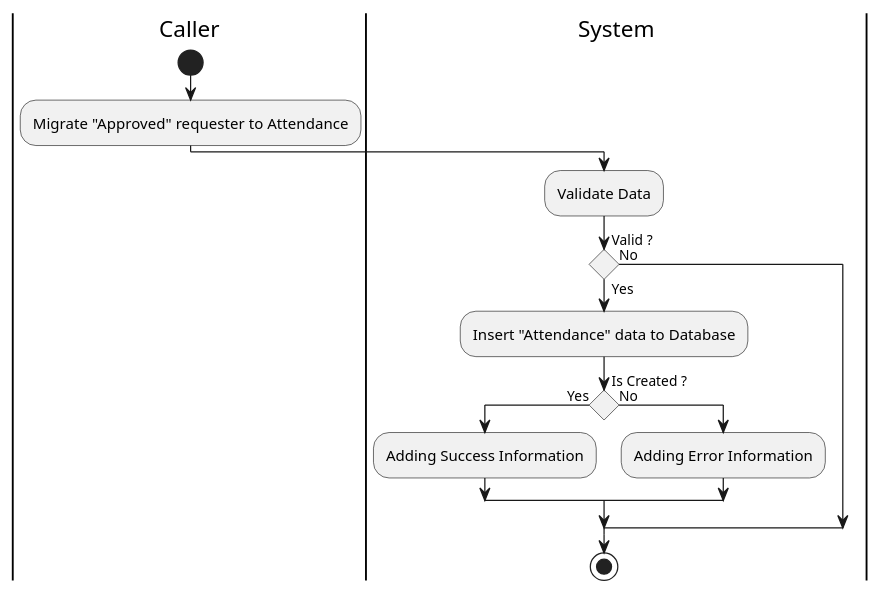
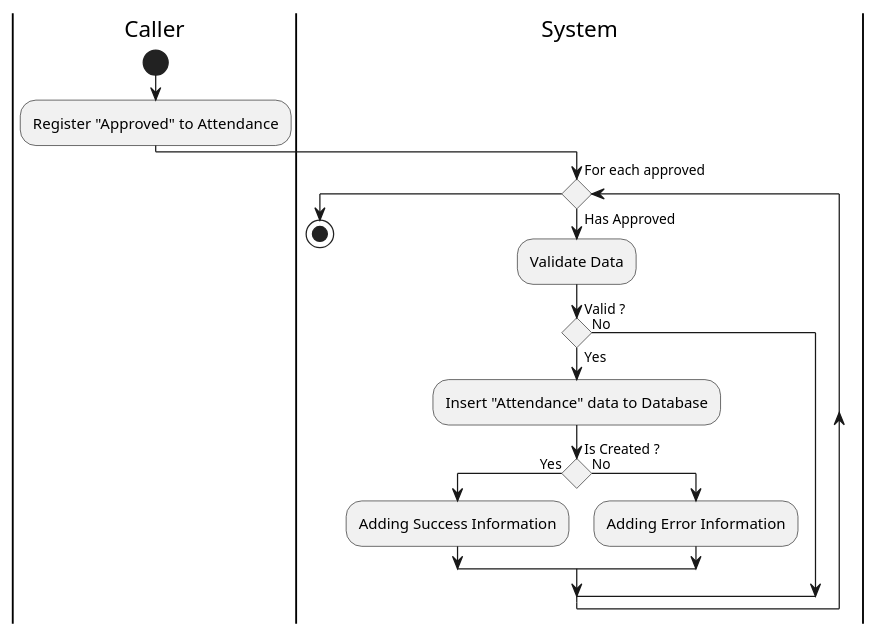
Before and after one commit to fwidjaya20/fazzlearning-uml: the diagram in Activity/Release03/CreateAttendance.wsd, drawn with PlantUML. The commit also changed 34 other files, not shown here.

Commit message:
fix(diagram): fix invalid sequence, activity, and usecase

```diff
--- a/Activity/Release03/CreateAttendance.wsd
+++ b/Activity/Release03/CreateAttendance.wsd
@@ -1,27 +1,29 @@
 @startuml CreateAttendance
 
 skinparam ConditionEndStyle hline
 skinparam conditionStyle diamond
 skinparam Monochrome true
 skinparam Shadowing false
 
 |Caller|
 start
-:Migrate "Approved" requester to Attendance;
+:Register "Approved" to Attendance;
 
 |System|
-:Validate Data;
+while (For each approved) is (Has Approved)
+    :Validate Data;
 
-if (Valid ?) then (Yes)
-    :Insert "Attendance" data to Database;
-    
-    if (Is Created ?) then (Yes)
-        :Adding Success Information;
+    if (Valid ?) then (Yes)
+        :Insert "Attendance" data to Database;
+        
+        if (Is Created ?) then (Yes)
+            :Adding Success Information;
+        else (No)
+            :Adding Error Information;
+        endif
     else (No)
-        :Adding Error Information;
     endif
-else (No)
-endif
+endwhile
 stop
 
 @enduml
```
